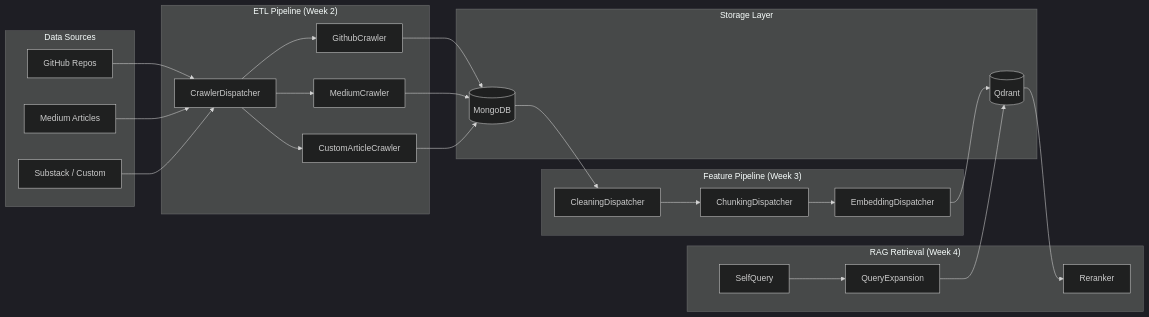
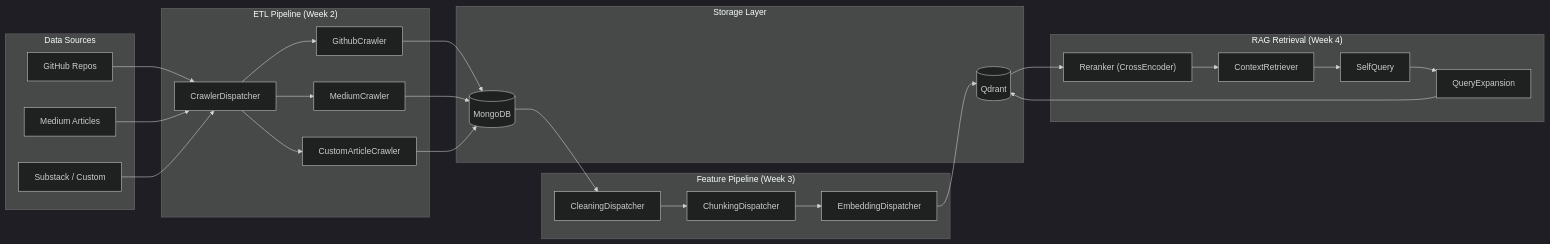
Before and after one commit to sh-arka22/MoodSwarm-LLM: the first of 12 diagrams in README.md, drawn with Mermaid (dark theme). The commit also changed other lines of this file and 2 other files, not shown here.

Commit message:
rag-reranking-retriever

````diff
--- a/README.md
+++ b/README.md
@@ -25,42 +25,43 @@
 ```mermaid
 graph LR
     subgraph "Data Sources"
         GH["GitHub Repos"]
         MD["Medium Articles"]
         SS["Substack / Custom"]
     end
 
     subgraph "ETL Pipeline (Week 2)"
         D[CrawlerDispatcher]
         GC[GithubCrawler]
         MC[MediumCrawler]
         CC[CustomArticleCrawler]
     end
 
     subgraph "Feature Pipeline (Week 3)"
         Clean["CleaningDispatcher"]
         Chunk["ChunkingDispatcher"]
         Embed["EmbeddingDispatcher"]
     end
 
     subgraph "RAG Retrieval (Week 4)"
+        CR["ContextRetriever"]
         SQ["SelfQuery"]
         QE["QueryExpansion"]
-        RR["Reranker"]
+        RR["Reranker (CrossEncoder)"]
     end
 
     subgraph "Storage Layer"
         Mongo[(MongoDB)]
         Qdrant[(Qdrant)]
     end
 
     GH --> D
     MD --> D
     SS --> D
     D --> GC --> Mongo
     D --> MC --> Mongo
     D --> CC --> Mongo
     Mongo --> Clean --> Chunk --> Embed --> Qdrant
-    SQ --> QE --> Qdrant
-    Qdrant --> RR
+    CR --> SQ --> QE --> Qdrant
+    Qdrant --> RR --> CR
 ```
````
